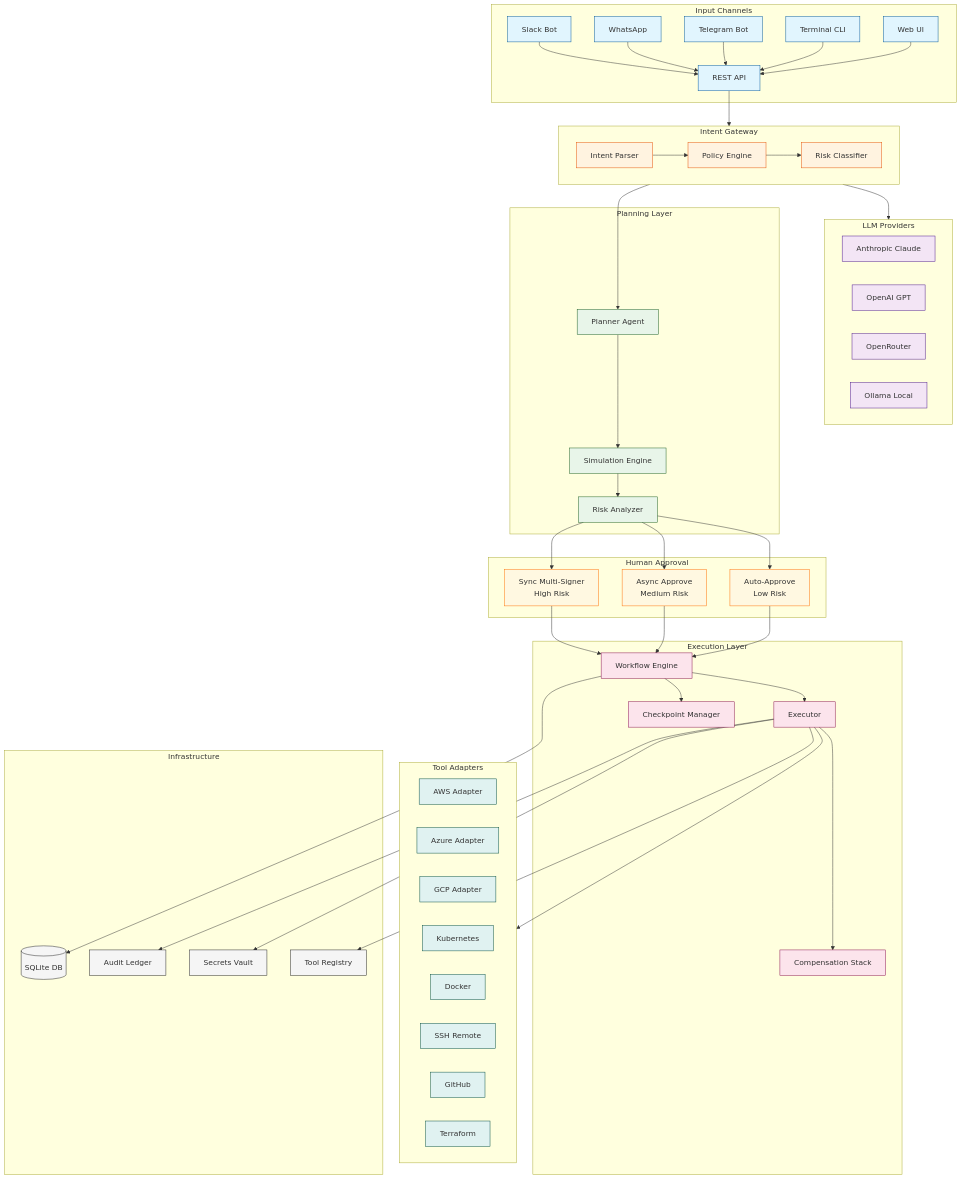
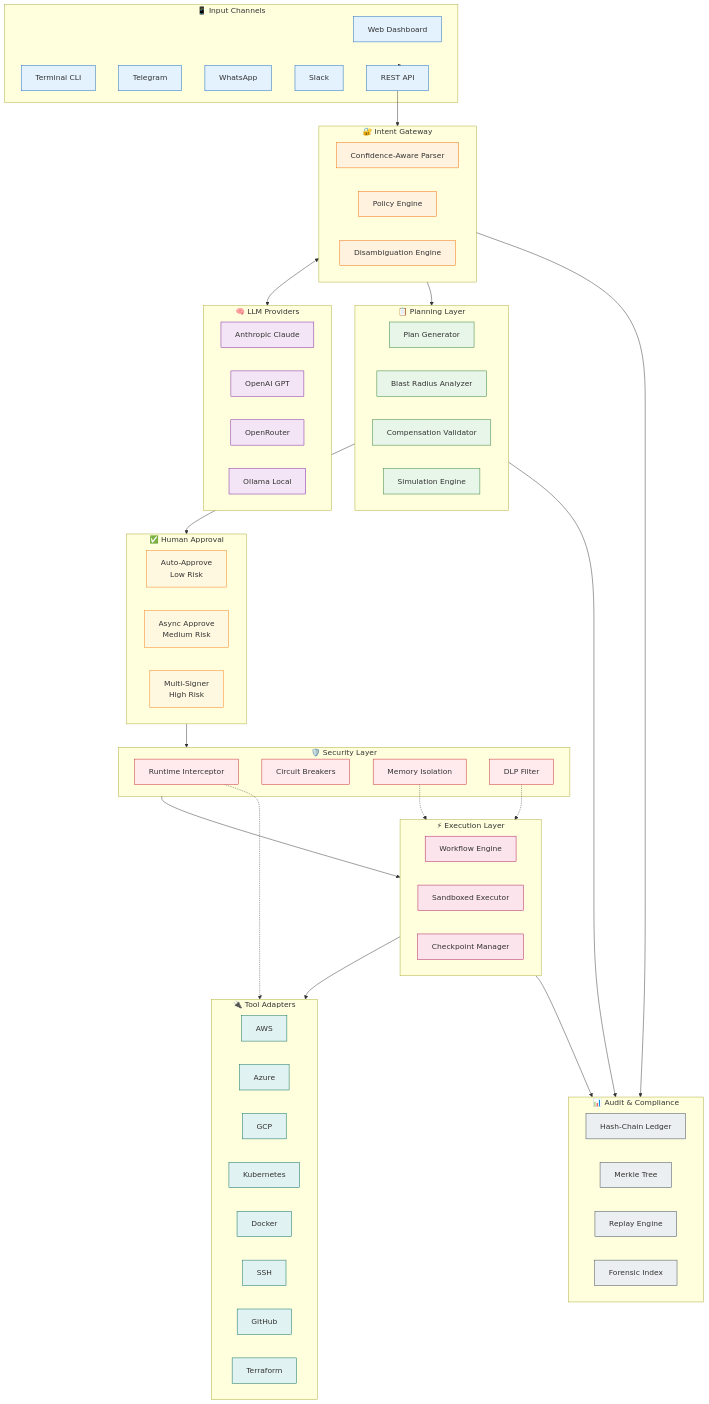
The first of 2 diagrams in README.md (ekuelkpodar/AEGIS-T2A), drawn with Mermaid before and after one commit. The commit also changed other lines of this file and 6 other files, not shown here.

First line of the commit message:
Add dashboard modernization with health panels and enhanced API

````diff
--- a/README.md
+++ b/README.md
@@ -24,122 +138,108 @@
 ```mermaid
 flowchart TB
-    subgraph Channels["Input Channels"]
-        WEB[Web UI]
+    subgraph Channels["📱 Input Channels"]
+        WEB[Web Dashboard]
         CLI[Terminal CLI]
-        TG[Telegram Bot]
+        TG[Telegram]
         WA[WhatsApp]
-        SLACK[Slack Bot]
+        SLACK[Slack]
         API[REST API]
     end
 
-    subgraph LLMProviders["LLM Providers"]
+    subgraph LLM["🧠 LLM Providers"]
         ANTH[Anthropic Claude]
         OAI[OpenAI GPT]
         OR[OpenRouter]
         OLL[Ollama Local]
     end
 
-    subgraph Gateway["Intent Gateway"]
-        IP[Intent Parser]
-        PE[Policy Engine]
-        RC[Risk Classifier]
+    subgraph Gateway["🔐 Intent Gateway"]
+        PARSE[Confidence-Aware Parser]
+        POLICY[Policy Engine]
+        DISAMB[Disambiguation Engine]
     end
 
-    subgraph Planning["Planning Layer"]
-        PA[Planner Agent]
+    subgraph Planning["📋 Planning Layer"]
+        PLANNER[Plan Generator]
+        BLAST[Blast Radius Analyzer]
+        COMP_VAL[Compensation Validator]
         SIM[Simulation Engine]
-        RA[Risk Analyzer]
     end
 
-    subgraph Execution["Execution Layer"]
-        WE[Workflow Engine]
-        EX[Executor]
-        CP[Checkpoint Manager]
-        CS[Compensation Stack]
+    subgraph Security["🛡️ Security Layer"]
+        RUNTIME[Runtime Interceptor]
+        CIRCUIT[Circuit Breakers]
+        MEMORY[Memory Isolation]
+        DLP[DLP Filter]
     end
 
-    subgraph Adapters["Tool Adapters"]
-        AWS[AWS Adapter]
-        AZ[Azure Adapter]
-        GCP[GCP Adapter]
+    subgraph Execution["⚡ Execution Layer"]
+        WORKFLOW[Workflow Engine]
+        EXECUTOR[Sandboxed Executor]
+        CHECKPOINT[Checkpoint Manager]
+    end
+
+    subgraph Adapters["🔌 Tool Adapters"]
+        AWS[AWS]
+        AZ[Azure]
+        GCP[GCP]
         K8S[Kubernetes]
         DOCKER[Docker]
-        SSH[SSH Remote]
+        SSH[SSH]
         GH[GitHub]
         TF[Terraform]
     end
 
-    subgraph Infrastructure["Infrastructure"]
-        DB[(SQLite DB)]
-        AL[Audit Ledger]
-        SV[Secrets Vault]
-        REG[Tool Registry]
+    subgraph Audit["📊 Audit & Compliance"]
+        LEDGER[Hash-Chain Ledger]
+        MERKLE[Merkle Tree]
+        REPLAY[Replay Engine]
+        FORENSIC[Forensic Index]
     end
 
-    subgraph Approval["Human Approval"]
+    subgraph Approval["✅ Human Approval"]
         AUTO[Auto-Approve<br/>Low Risk]
         ASYNC[Async Approve<br/>Medium Risk]
-        SYNC[Sync Multi-Signer<br/>High Risk]
+        SYNC[Multi-Signer<br/>High Risk]
     end
 
-    %% Channel connections
-    WEB --> API
-    CLI --> API
-    TG --> API
-    WA --> API
-    SLACK --> API
+    %% Flow connections
+    Channels --> API
+    API --> Gateway
+    Gateway <--> LLM
+    Gateway --> Planning
+    Planning --> Approval
+    Approval --> Security
+    Security --> Execution
+    Execution --> Adapters
 
-    API --> Gateway
+    %% Audit connections
+    Gateway --> Audit
+    Planning --> Audit
+    Execution --> Audit
 
-    %% Gateway flow
-    IP --> PE
-    PE --> RC
-    Gateway --> LLMProviders
+    %% Security integration
+    MEMORY -.-> Execution
+    DLP -.-> Execution
+    RUNTIME -.-> Adapters
 
-    %% Planning flow
-    Gateway --> PA
-    PA --> SIM
-    SIM --> RA
-
-    %% Approval routing
-    RA --> AUTO
-    RA --> ASYNC
-    RA --> SYNC
-
-    AUTO --> WE
-    ASYNC --> WE
-    SYNC --> WE
-
-    %% Execution flow
-    WE --> CP
-    WE --> EX
-    EX --> CS
-
-    %% Adapter connections
-    EX --> Adapters
-
-    %% Infrastructure connections
-    WE --> DB
-    EX --> AL
-    EX --> SV
-    EX --> REG
-
-    %% Styling
-    classDef channel fill:#e1f5fe,stroke:#01579b
-    classDef llm fill:#f3e5f5,stroke:#4a148c
-    classDef gateway fill:#fff3e0,stroke:#e65100
-    classDef planning fill:#e8f5e9,stroke:#1b5e20
-    classDef execution fill:#fce4ec,stroke:#880e4f
-    classDef adapter fill:#e0f2f1,stroke:#004d40
-    classDef infra fill:#f5f5f5,stroke:#212121
-    classDef approval fill:#fff8e1,stroke:#ff6f00
+    classDef channel fill:#e3f2fd,stroke:#1565c0
+    classDef llm fill:#f3e5f5,stroke:#7b1fa2
+    classDef gateway fill:#fff3e0,stroke:#ef6c00
+    classDef planning fill:#e8f5e9,stroke:#2e7d32
+    classDef security fill:#ffebee,stroke:#c62828
+    classDef execution fill:#fce4ec,stroke:#ad1457
+    classDef adapter fill:#e0f2f1,stroke:#00695c
+    classDef audit fill:#eceff1,stroke:#37474f
+    classDef approval fill:#fff8e1,stroke:#f57f17
 
     class WEB,CLI,TG,WA,SLACK,API channel
     class ANTH,OAI,OR,OLL llm
-    class IP,PE,RC gateway
-    class PA,SIM,RA planning
-    class WE,EX,CP,CS execution
+    class PARSE,POLICY,DISAMB gateway
+    class PLANNER,BLAST,COMP_VAL,SIM planning
+    class RUNTIME,CIRCUIT,MEMORY,DLP security
+    class WORKFLOW,EXECUTOR,CHECKPOINT execution
     class AWS,AZ,GCP,K8S,DOCKER,SSH,GH,TF adapter
-    class DB,AL,SV,REG infra
+    class LEDGER,MERKLE,REPLAY,FORENSIC audit
     class AUTO,ASYNC,SYNC approval
 ```
````
